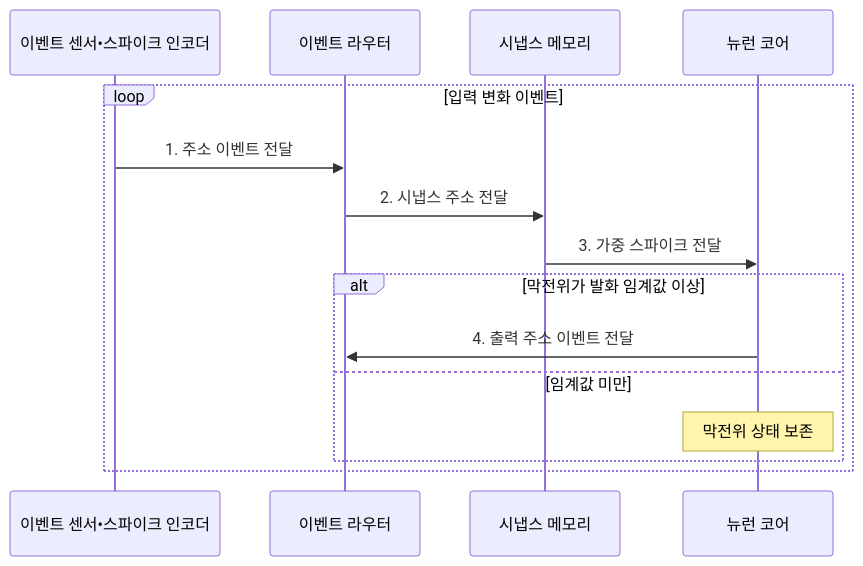
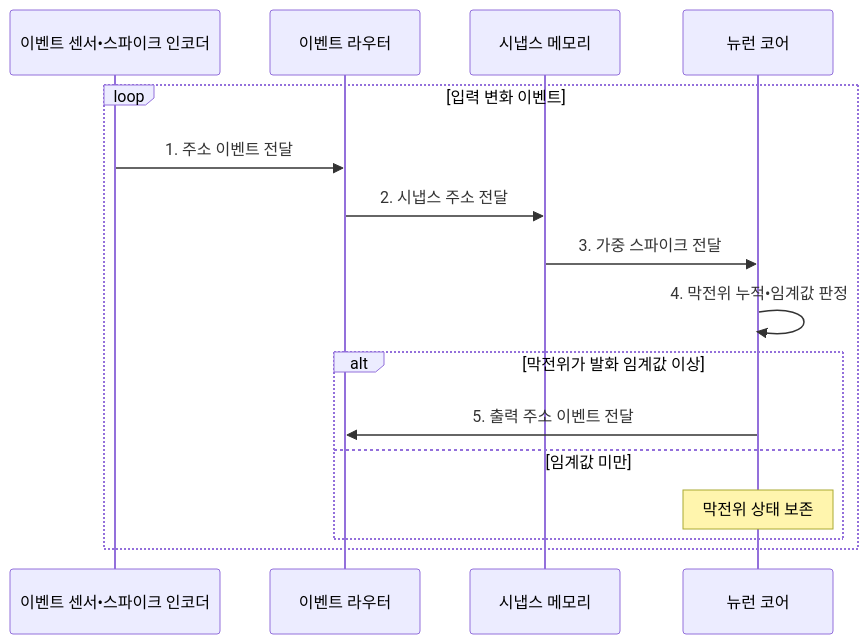
The second of 2 diagrams in src/content/docs/notes/02-hardware/051_neuromorphic_computing.md (agnusdei1207/knowledge-base), drawn with Mermaid before and after one commit. The commit also changed other lines of this file and 14 other files, not shown here.

````diff
--- a/src/content/docs/notes/02-hardware/051_neuromorphic_computing.md
+++ b/src/content/docs/notes/02-hardware/051_neuromorphic_computing.md
@@ -100,18 +100,19 @@
 ```mermaid
 sequenceDiagram
     participant S as 이벤트 센서•스파이크 인코더
     participant R as 이벤트 라우터
     participant M as 시냅스 메모리
     participant N as 뉴런 코어
 
     loop 입력 변화 이벤트
         S->>R: 1. 주소 이벤트 전달
         R->>M: 2. 시냅스 주소 전달
         M->>N: 3. 가중 스파이크 전달
+        N->>N: 4. 막전위 누적•임계값 판정
         alt 막전위가 발화 임계값 이상
-            N->>R: 4. 출력 주소 이벤트 전달
+            N->>R: 5. 출력 주소 이벤트 전달
         else 임계값 미만
             Note over N: 막전위 상태 보존
         end
     end
 ```
````
